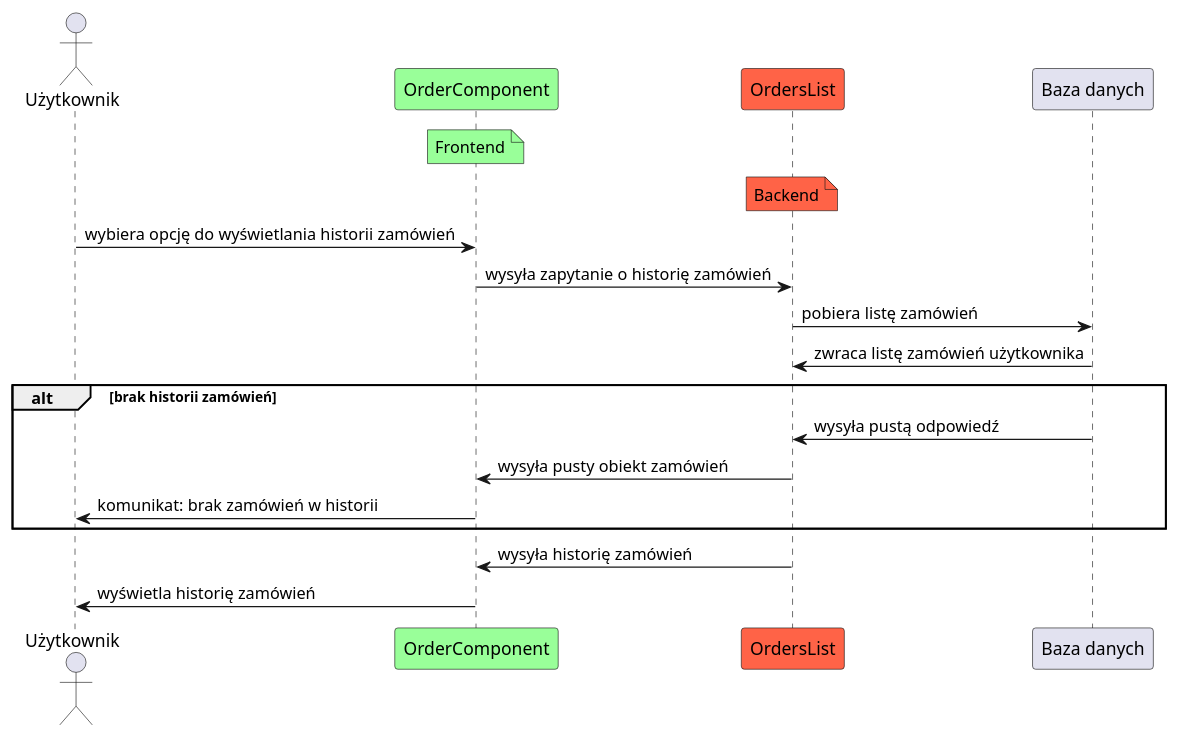
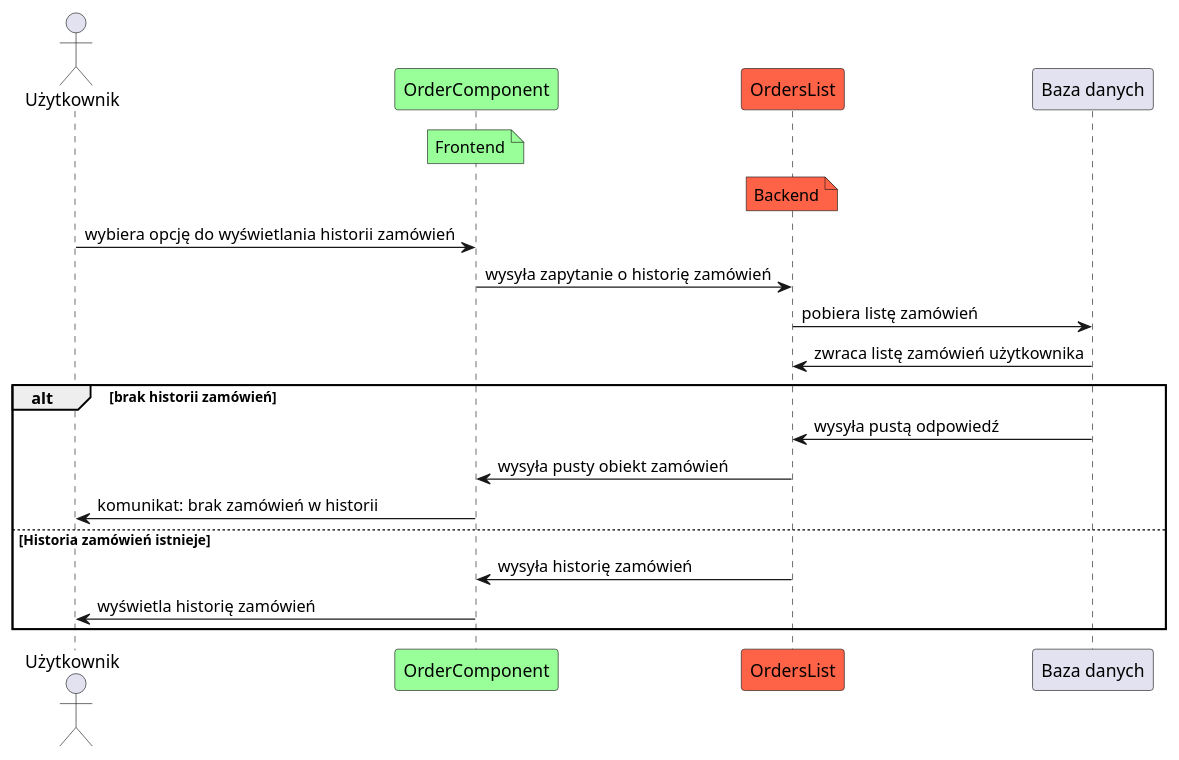
One commit to amelinium23/food-ordering-and-delivering-service changed the diagram in docs/history_sequence.md. Above: the diagram before and after it, drawn with PlantUML. The commit also changed 4 other files, not shown here.

Commit message:
Diagrams fixed!

````diff
--- a/docs/history_sequence.md
+++ b/docs/history_sequence.md
@@ -1,27 +1,28 @@
 ```plantuml
 @startuml history
 actor Użytkownik as user
 participant "OrderComponent" as front #99FF99
 participant "OrdersList" as api #FF6347
 participant "Baza danych" as db
 note over front #99FF99
 Frontend
 end note
 note over api #FF6347
 Backend
 end note
 
 
 user -> front : wybiera opcję do wyświetlania historii zamówień
 front -> api : wysyła zapytanie o historię zamówień
 api -> db : pobiera listę zamówień
 db -> api : zwraca listę zamówień użytkownika
 alt brak historii zamówień
     db -> api : wysyła pustą odpowiedź
     front <- api : wysyła pusty obiekt zamówień
     user <- front : komunikat: brak zamówień w historii
+    else Historia zamówień istnieje
+    front <- api : wysyła historię zamówień
+    user <- front : wyświetla historię zamówień
 end
-front <- api : wysyła historię zamówień
-user <- front : wyświetla historię zamówień
 @enduml
 ```
````
